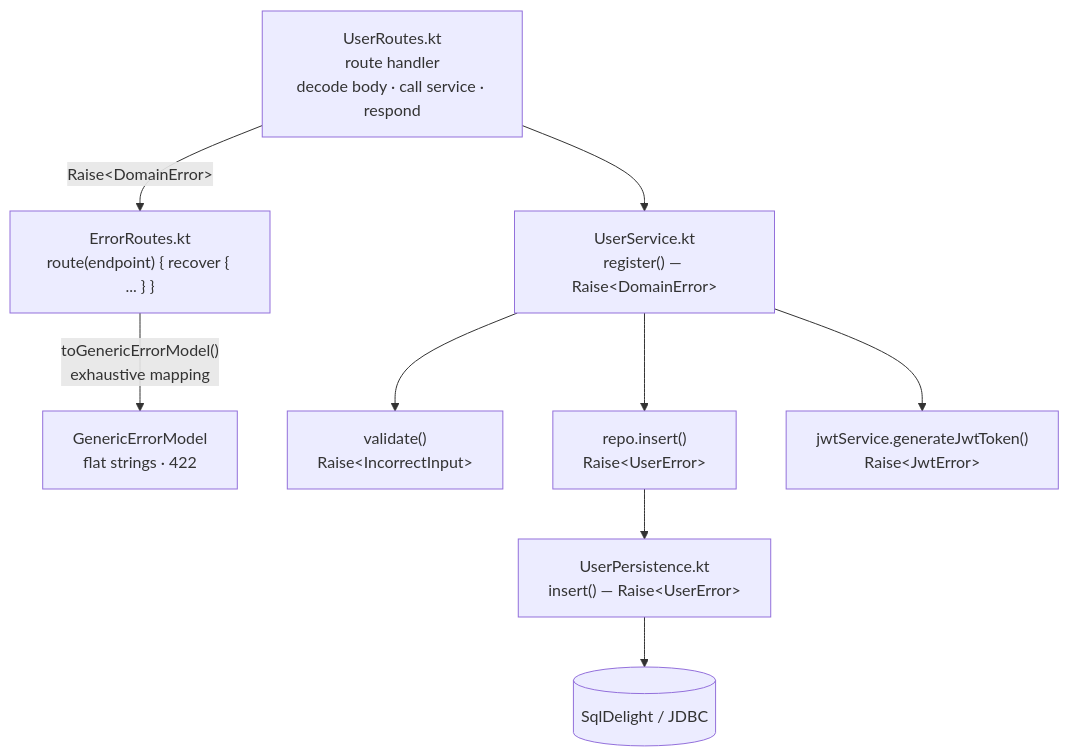
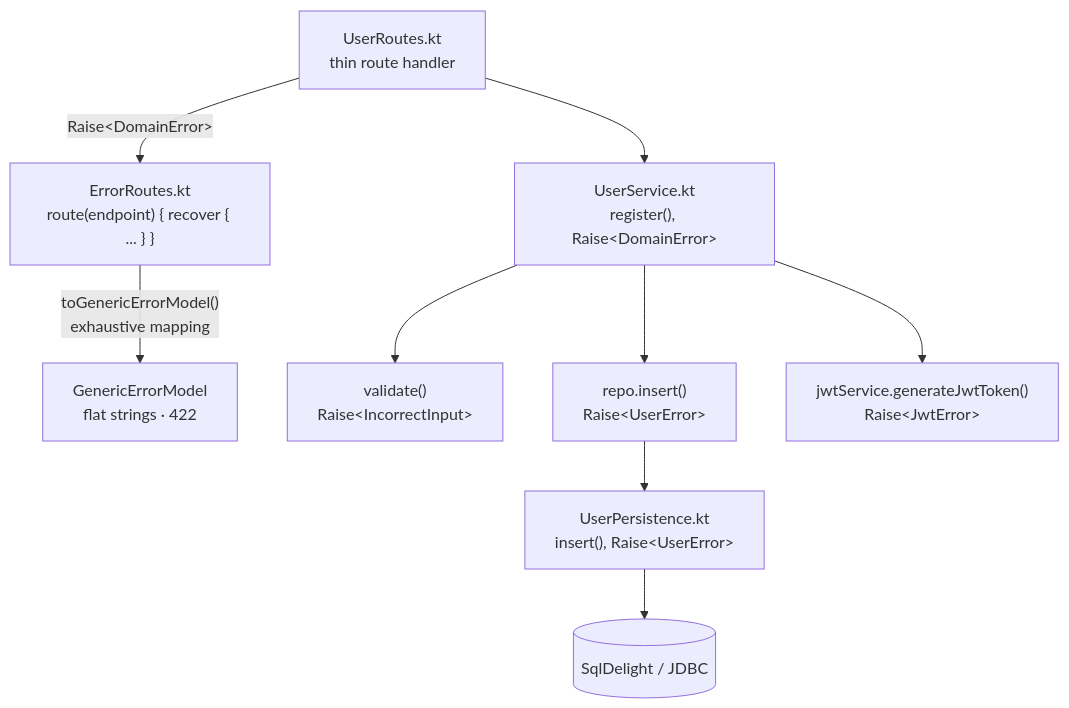
Before and after one commit to nomisRev/ktor-arrow-example: the diagram in docs/tutorials/end-to-end-feature.md, drawn with Mermaid. The commit also changed other lines of this file and 3 other files, not shown here.

````diff
--- a/docs/tutorials/end-to-end-feature.md
+++ b/docs/tutorials/end-to-end-feature.md
@@ -313,21 +322,21 @@
 ```mermaid
 flowchart TD
     GEM["GenericErrorModel<br/>flat strings · 422"]
     ER["ErrorRoutes.kt<br/>route(endpoint) { recover { ... } }"]
-    UR["UserRoutes.kt<br/>route handler<br/>decode body · call service · respond"]
-    US["UserService.kt<br/>register() — Raise&lt;DomainError&gt;"]
+    UR["UserRoutes.kt<br/>thin route handler"]
+    US["UserService.kt<br/>register(), Raise&lt;DomainError&gt;"]
     VAL["validate()<br/>Raise&lt;IncorrectInput&gt;"]
     INS["repo.insert()<br/>Raise&lt;UserError&gt;"]
     JWT["jwtService.generateJwtToken()<br/>Raise&lt;JwtError&gt;"]
-    UP["UserPersistence.kt<br/>insert() — Raise&lt;UserError&gt;"]
+    UP["UserPersistence.kt<br/>insert(), Raise&lt;UserError&gt;"]
     DB[("SqlDelight / JDBC")]
 
     ER -- "toGenericErrorModel()\nexhaustive mapping" --> GEM
     UR -- "Raise&lt;DomainError&gt;" --> ER
     UR --> US
     US --> VAL
     US --> INS
     US --> JWT
     INS --> UP
     UP --> DB
 ```
````
